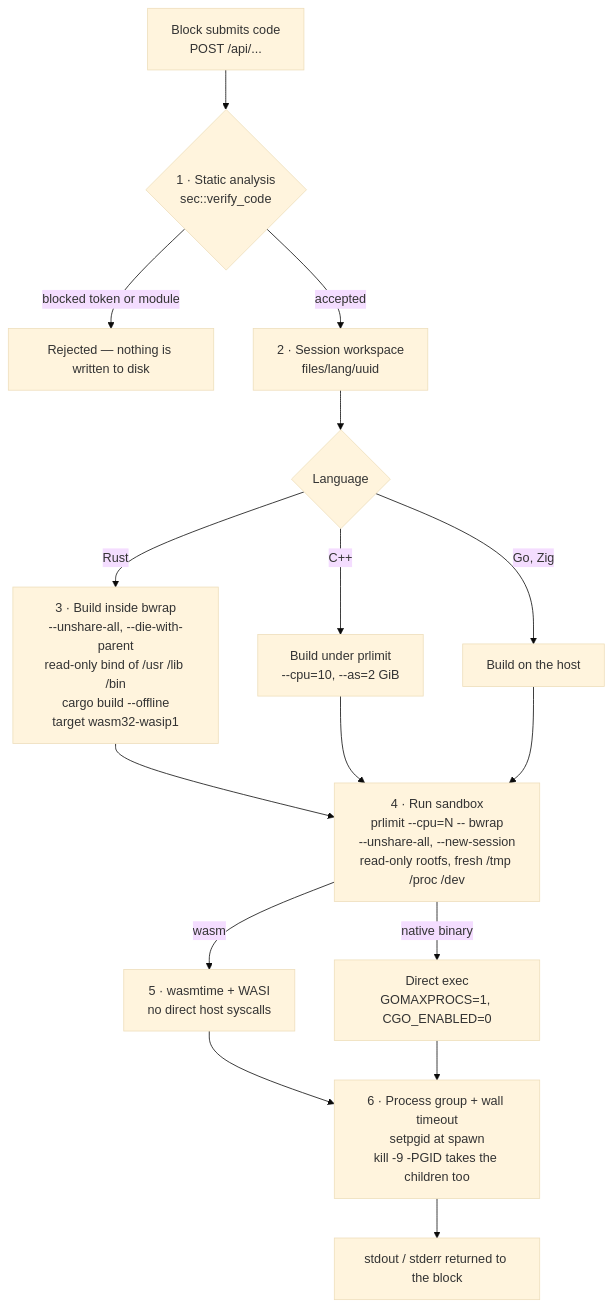
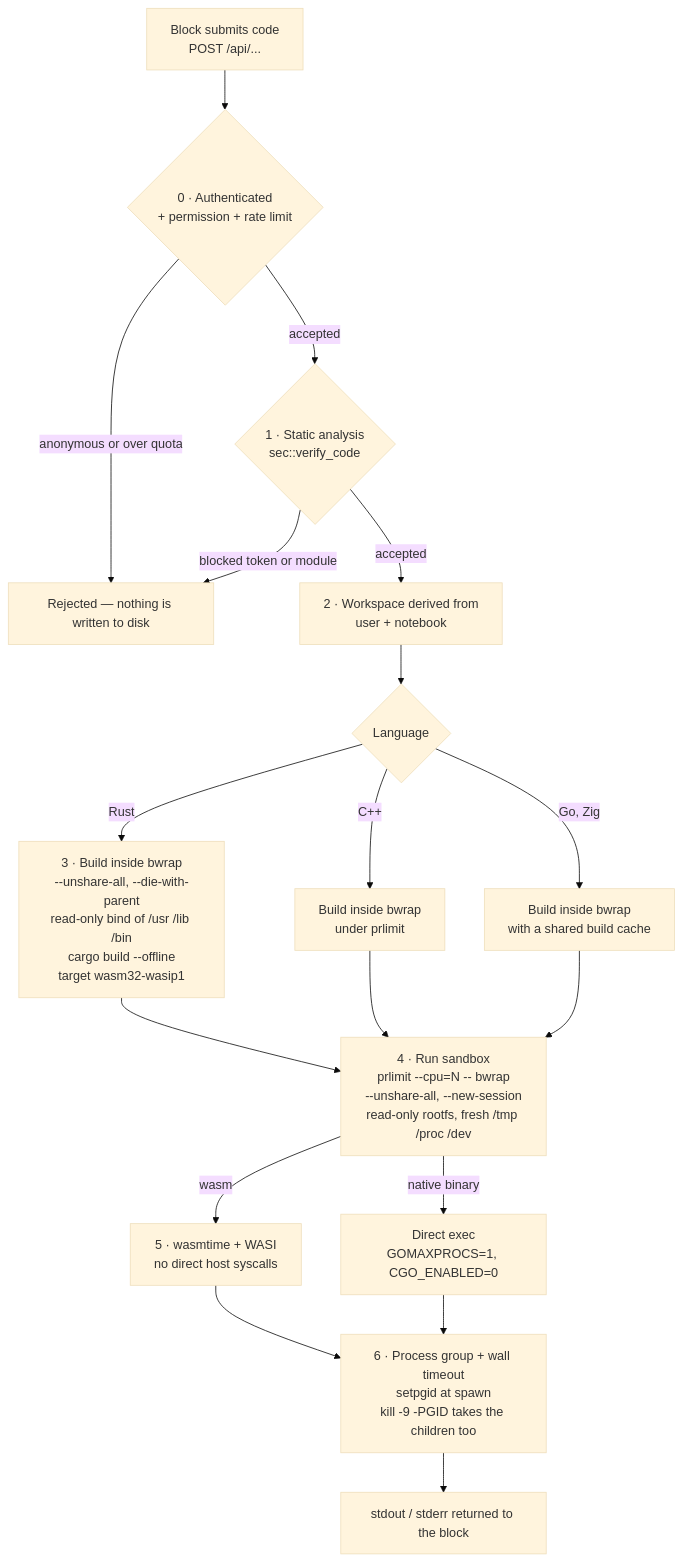
Before and after one commit to HadsonRamalho/zeile-notebook: the diagram in README.md, drawn with Mermaid (base theme). The commit also changed other lines of this file and 1 other file, not shown here.

````diff
--- a/README.md
+++ b/README.md
@@ -35,22 +36,24 @@
 ```mermaid
 flowchart TD
-    A["Block submits code<br/>POST /api/..."] --> B{"1 · Static analysis<br/>sec::verify_code"}
+    A["Block submits code<br/>POST /api/..."] --> A2{"0 · Authenticated<br/>+ permission + rate limit"}
+    A2 -->|anonymous or over quota| R
+    A2 -->|accepted| B{"1 · Static analysis<br/>sec::verify_code"}
     B -->|blocked token or module| R["Rejected — nothing is written to disk"]
-    B -->|accepted| C["2 · Session workspace<br/>files/lang/uuid"]
+    B -->|accepted| C["2 · Workspace derived from<br/>user + notebook"]
     C --> D{Language}
 
     D -->|Rust| E["3 · Build inside bwrap<br/>--unshare-all, --die-with-parent<br/>read-only bind of /usr /lib /bin<br/>cargo build --offline<br/>target wasm32-wasip1"]
-    D -->|C++| F["Build under prlimit<br/>--cpu=10, --as=2 GiB"]
-    D -->|Go, Zig| G["Build on the host"]
+    D -->|C++| F["Build inside bwrap<br/>under prlimit"]
+    D -->|Go, Zig| G["Build inside bwrap<br/>with a shared build cache"]
 
     E --> H
     F --> H
     G --> H["4 · Run sandbox<br/>prlimit --cpu=N -- bwrap<br/>--unshare-all, --new-session<br/>read-only rootfs, fresh /tmp /proc /dev"]
 
     H -->|wasm| I["5 · wasmtime + WASI<br/>no direct host syscalls"]
     H -->|native binary| J["Direct exec<br/>GOMAXPROCS=1, CGO_ENABLED=0"]
 
     I --> K
     J --> K["6 · Process group + wall timeout<br/>setpgid at spawn<br/>kill -9 -PGID takes the children too"]
     K --> L["stdout / stderr returned to the block"]
 ```
````
